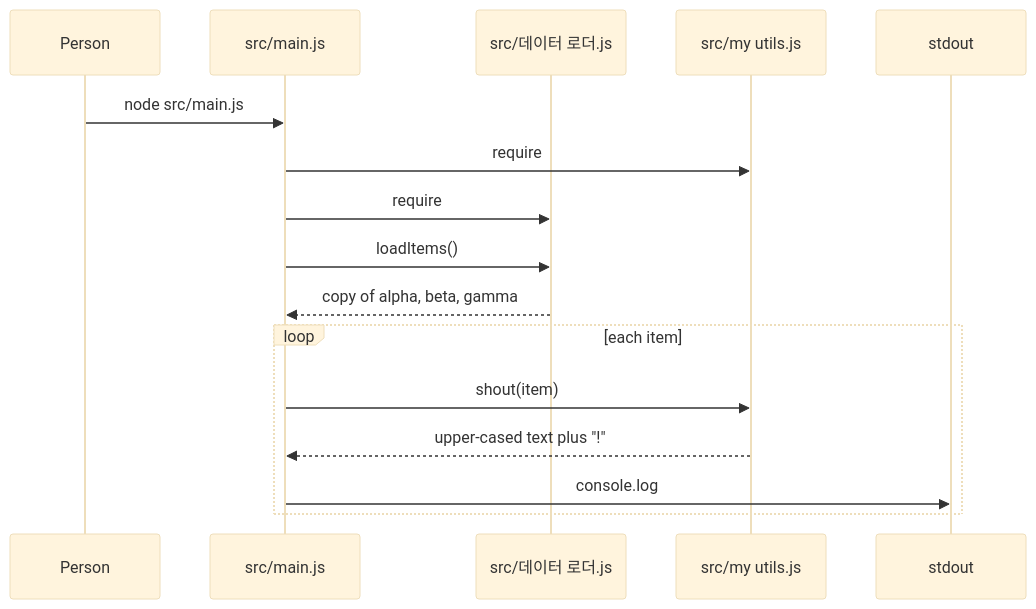
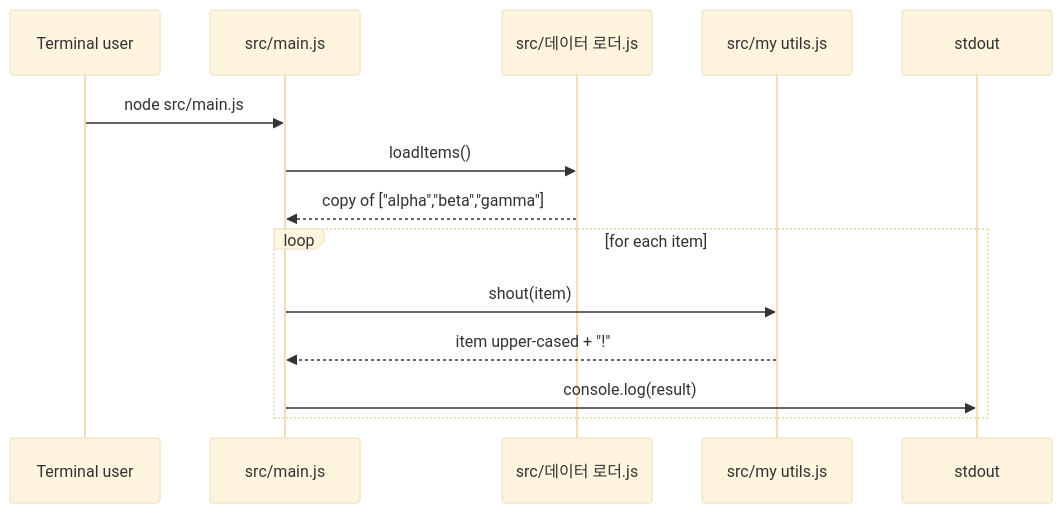
The diagram in examples/edge-names/docs/codemap/sequence-flow.md (hxxnn/codemap), drawn with Mermaid (base theme) before and after one commit. The commit also changed other lines of this file and 35 other files, not shown here.

````diff
--- a/examples/edge-names/docs/codemap/sequence-flow.md
+++ b/examples/edge-names/docs/codemap/sequence-flow.md
@@ -14,18 +18,16 @@
 ```mermaid
 sequenceDiagram
-  participant U as Person
+  participant U as Terminal user
   participant M as src/main.js
   participant L as src/데이터 로더.js
   participant S as src/my utils.js
   participant O as stdout
   U->>M: node src/main.js
-  M->>S: require
-  M->>L: require
   M->>L: loadItems()
-  L-->>M: copy of alpha, beta, gamma
-  loop each item
+  L-->>M: copy of ["alpha","beta","gamma"]
+  loop for each item
     M->>S: shout(item)
-    S-->>M: upper-cased text plus "!"
-    M->>O: console.log
+    S-->>M: item upper-cased + "!"
+    M->>O: console.log(result)
   end
 ```
````
